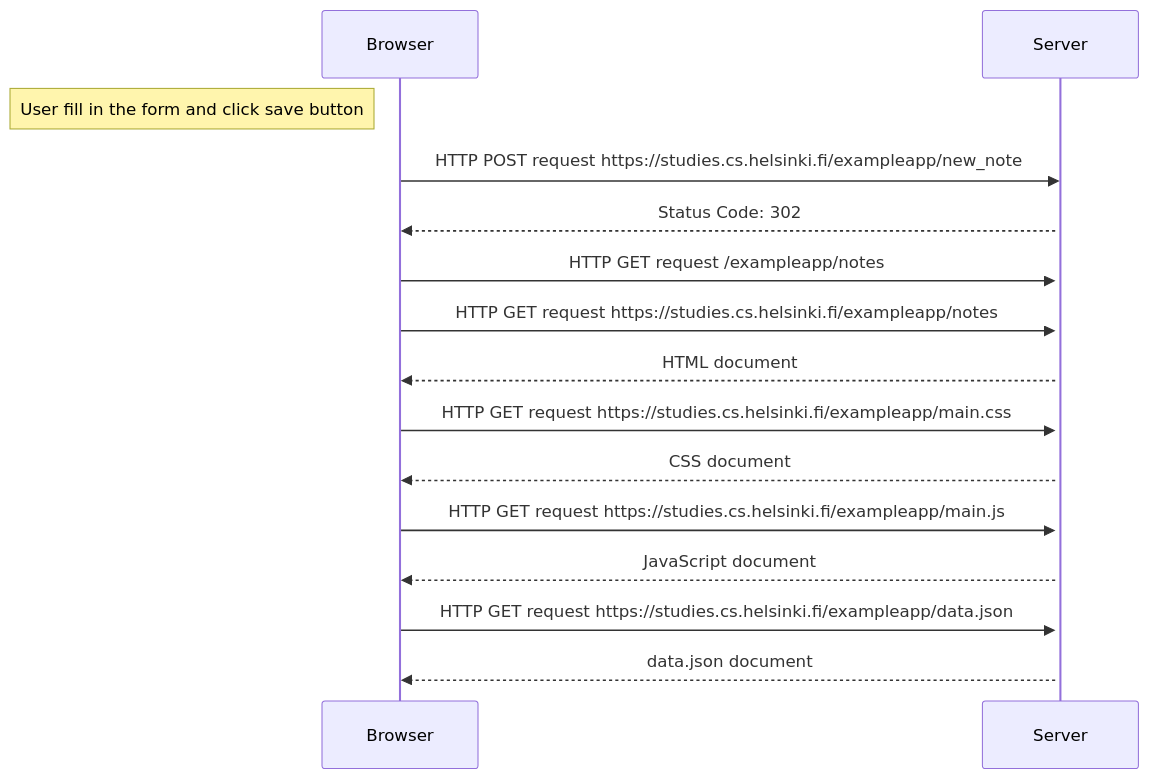
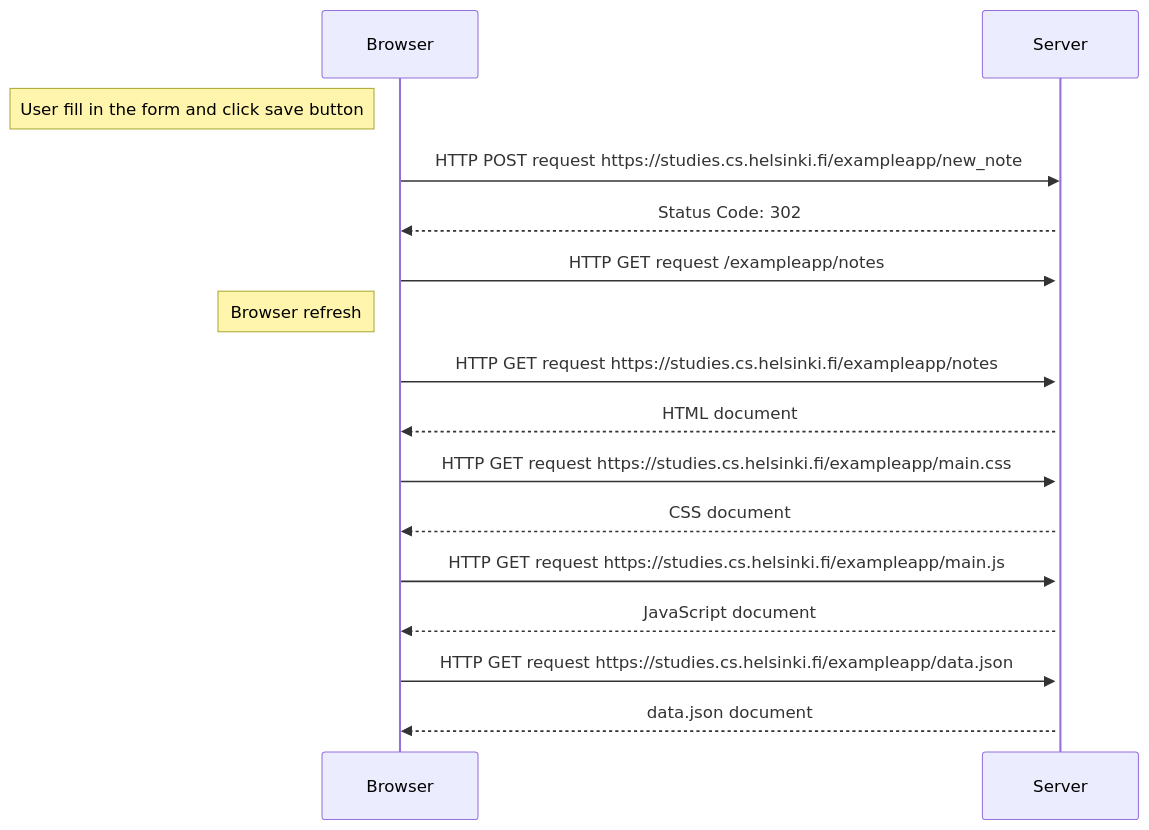
Before and after one commit to Indrasyah-Putera/fullstackopen-exercise: the diagram in README.md, drawn with Mermaid.

````diff
--- a/README.md
+++ b/README.md
@@ -2,17 +2,18 @@
 ```mermaid
 sequenceDiagram
 Note left of Browser: User fill in the form and click save button
 Browser->> Server: HTTP POST request https://studies.cs.helsinki.fi/exampleapp/new_note
 activate Server
 Server-->> Browser: Status Code: 302
 Browser->> Server: HTTP GET request /exampleapp/notes
+Note left of Browser: Browser refresh
 Browser->> Server: HTTP GET request https://studies.cs.helsinki.fi/exampleapp/notes
 Server-->> Browser: HTML document
 Browser->> Server: HTTP GET request https://studies.cs.helsinki.fi/exampleapp/main.css
 Server-->> Browser: CSS document
 Browser->> Server: HTTP GET request https://studies.cs.helsinki.fi/exampleapp/main.js
 Server-->> Browser: JavaScript document
 Browser->> Server: HTTP GET request https://studies.cs.helsinki.fi/exampleapp/data.json
 Server-->> Browser: data.json document
 
 ```
````
